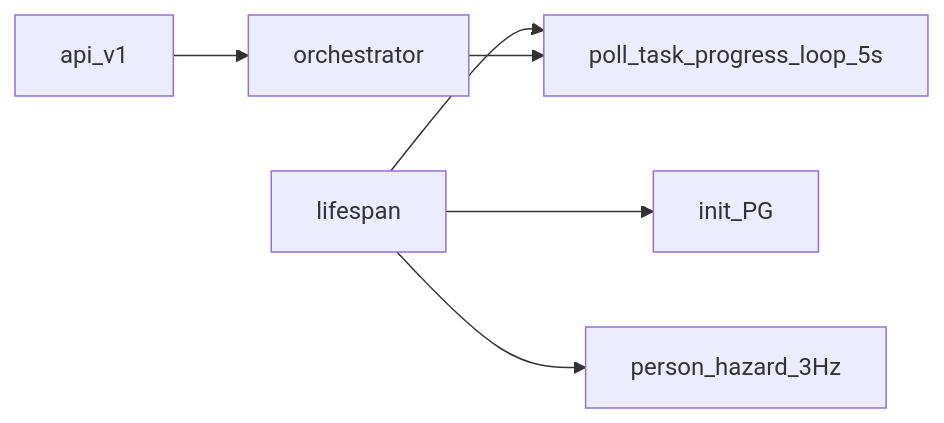
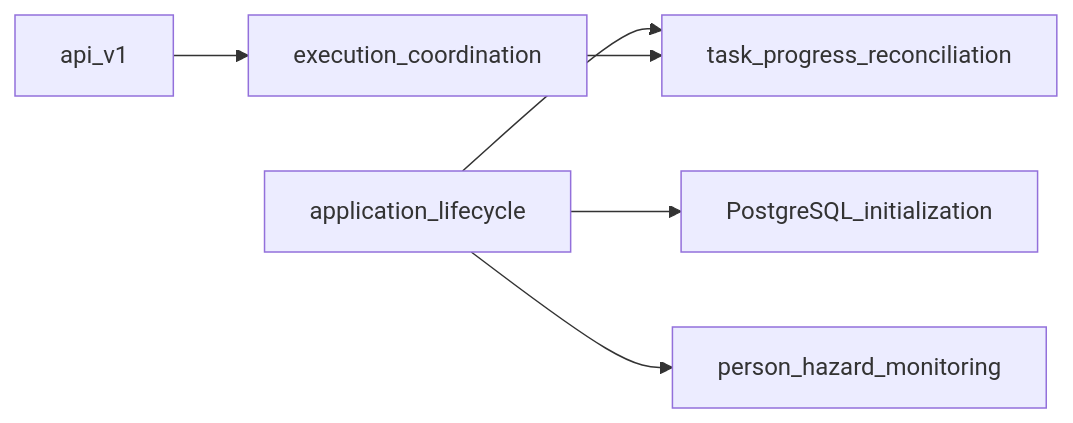
The tenth of 10 diagrams in main_server/docs/ARCHITECTURE.md (eduwing-robotics/ros2-ai-amr-repo3), drawn with Mermaid before and after one commit. The commit also changed other lines of this file and 108 other files, not shown here.

Commit message:
refactor: harden execution integration and acceptance flow

````diff
--- a/main_server/docs/ARCHITECTURE.md
+++ b/main_server/docs/ARCHITECTURE.md
@@ -210,8 +211,8 @@
 ```mermaid
 flowchart LR
-  Boot[lifespan] --> InitDB[init_PG]
-  Boot --> Sweep[poll_task_progress_loop_5s]
-  Boot --> Hazard[person_hazard_3Hz]
-  API[api_v1] --> Orch[orchestrator]
+  Boot[application_lifecycle] --> InitDB[PostgreSQL_initialization]
+  Boot --> Sweep[task_progress_reconciliation]
+  Boot --> Hazard[person_hazard_monitoring]
+  API[api_v1] --> Orch[execution_coordination]
   Orch --> Sweep
 ```
````
